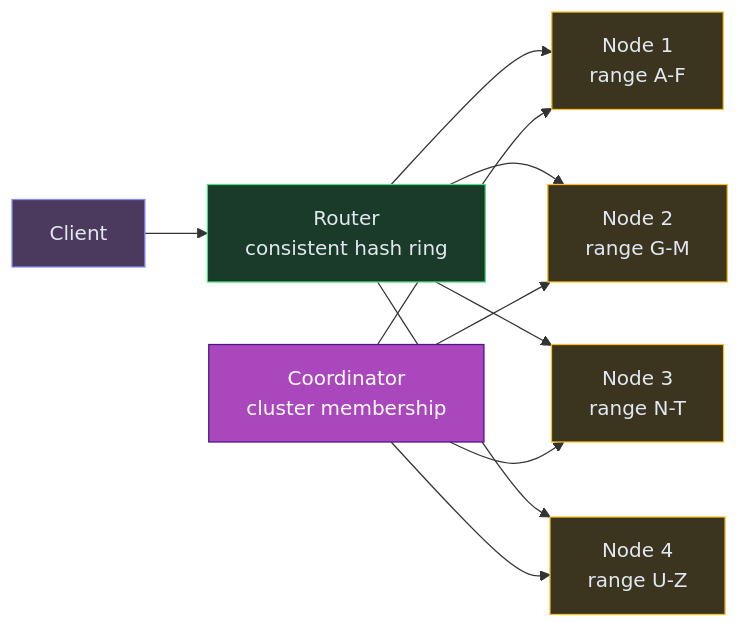
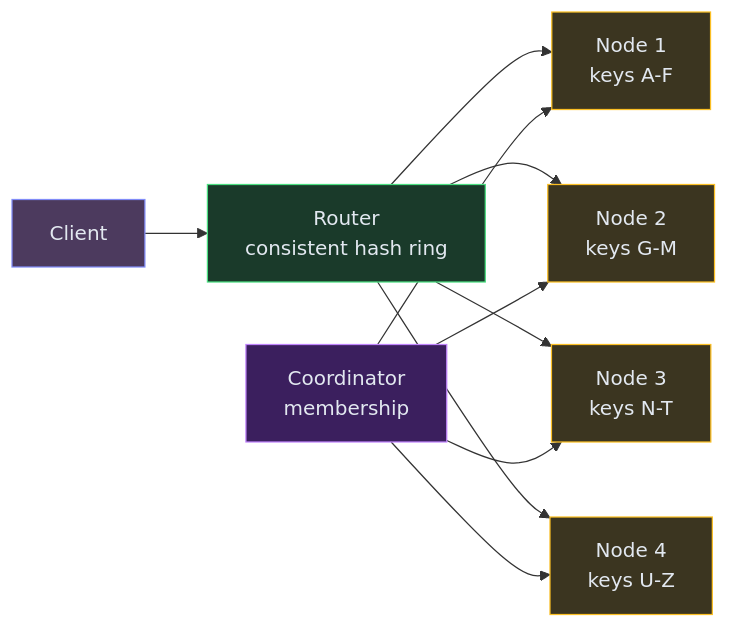
The second of 10 diagrams in content/hld/KeyValueStore.md (iluzn/HLD-Designs), drawn with Mermaid before and after one commit. The commit also changed other lines of this file, not shown here.

````diff
--- a/content/hld/KeyValueStore.md
+++ b/content/hld/KeyValueStore.md
@@ -110,25 +153,25 @@
 ```mermaid
 flowchart LR
     C["Client"]:::client
     R["Router<br/>consistent hash ring"]:::service
-    N1["Node 1<br/>range A-F"]:::data
-    N2["Node 2<br/>range G-M"]:::data
-    N3["Node 3<br/>range N-T"]:::data
-    N4["Node 4<br/>range U-Z"]:::data
-    COORD["Coordinator<br/>cluster membership"]:::async
+    N1["Node 1<br/>keys A-F"]:::data
+    N2["Node 2<br/>keys G-M"]:::data
+    N3["Node 3<br/>keys N-T"]:::data
+    N4["Node 4<br/>keys U-Z"]:::data
+    COORD["Coordinator<br/>membership"]:::async
 
     C --> R
     R --> N1
     R --> N2
     R --> N3
     R --> N4
     COORD --> N1
     COORD --> N2
     COORD --> N3
     COORD --> N4
 
     classDef client fill:#4c3a5e,stroke:#818cf8,color:#e2e8f0
     classDef service fill:#1a3a2a,stroke:#4ade80,color:#e2e8f0
     classDef data fill:#3b3520,stroke:#fbbf24,color:#e2e8f0
-    classDef async fill:#AB47BC,stroke:#4A148C,color:#fff
+    classDef async fill:#3b1f5e,stroke:#c084fc,color:#e2e8f0
 ```
````
